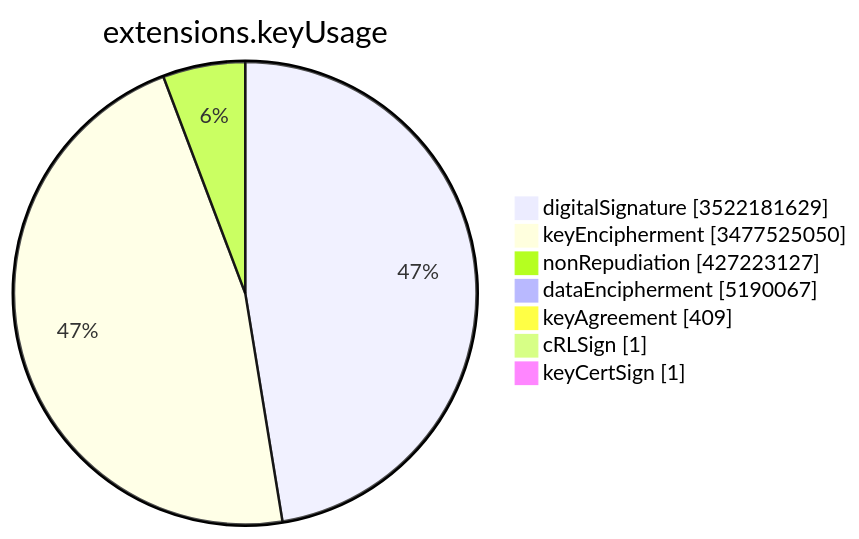
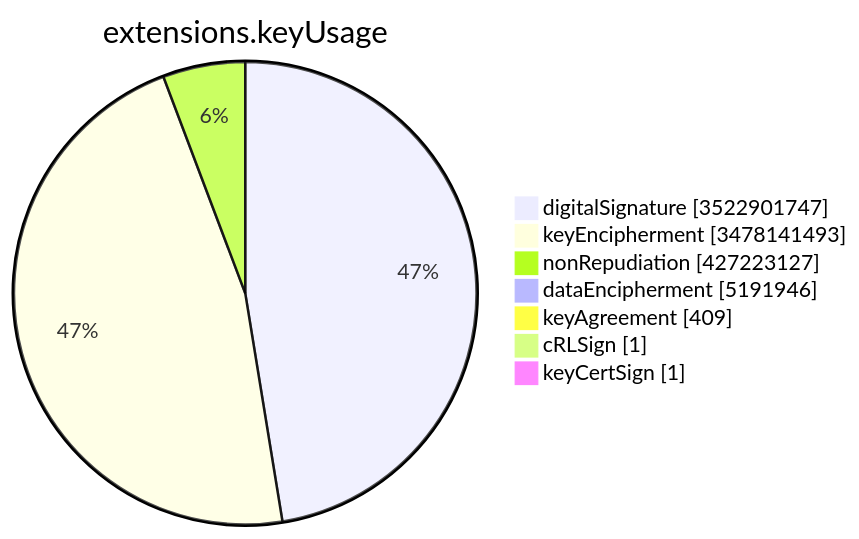
One commit to christiankrug/ctmonitor_visualization changed the sixth of 15 diagrams in TOTAL/README.md. Above: the diagram before and after it, drawn with Mermaid. The commit also changed other lines of this file, not shown here.

````diff
--- a/TOTAL/README.md
+++ b/TOTAL/README.md
@@ -3083,11 +3083,11 @@
 ```mermaid
 pie showData
 title extensions.keyUsage
-"digitalSignature" :3522181629
-"keyEncipherment" :3477525050
+"digitalSignature" :3522901747
+"keyEncipherment" :3478141493
 "nonRepudiation" :427223127
-"dataEncipherment" :5190067
+"dataEncipherment" :5191946
 "keyAgreement" :409
 "cRLSign" :1
 "keyCertSign" :1
 ```
````
